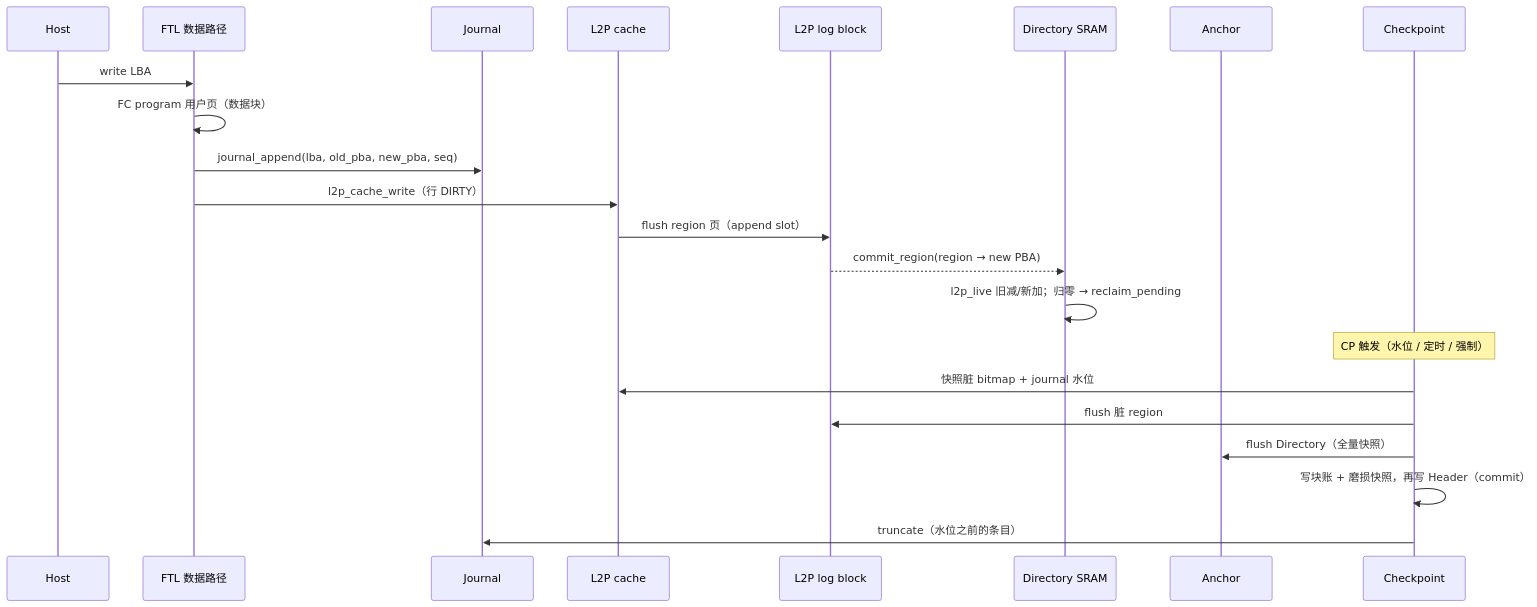
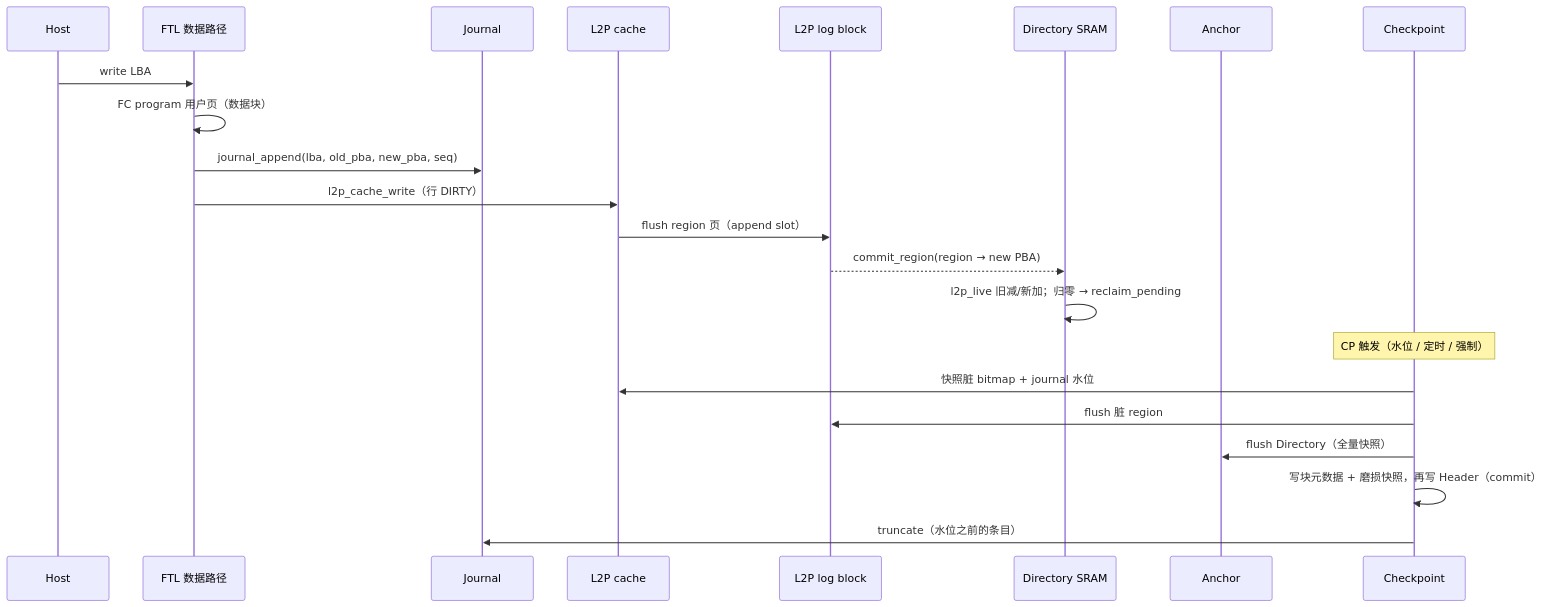
The fourth of 32 diagrams in docs/design/ftl_design.md (YzYMIAO/BASESSD), drawn with Mermaid before and after one commit. The commit also changed other lines of this file and 18 other files, not shown here.

````diff
--- a/docs/design/ftl_design.md
+++ b/docs/design/ftl_design.md
@@ -794,24 +794,24 @@
 ```mermaid
 sequenceDiagram
     participant H as Host
     participant F as FTL 数据路径
     participant J as Journal
     participant L as L2P cache
     participant LB as L2P log block
     participant D as Directory SRAM
     participant A as Anchor
     participant C as Checkpoint
     H->>F: write LBA
     F->>F: FC program 用户页（数据块）
     F->>J: journal_append(lba, old_pba, new_pba, seq)
     F->>L: l2p_cache_write（行 DIRTY）
     L->>LB: flush region 页（append slot）
     LB-->>D: commit_region(region → new PBA)
     D->>D: l2p_live 旧减/新加；归零 → reclaim_pending
     Note over C: CP 触发（水位 / 定时 / 强制）
     C->>L: 快照脏 bitmap + journal 水位
     C->>LB: flush 脏 region
     C->>A: flush Directory（全量快照）
-    C->>C: 写块账 + 磨损快照，再写 Header（commit）
+    C->>C: 写块元数据 + 磨损快照，再写 Header（commit）
     C->>J: truncate（水位之前的条目）
 ```
````
